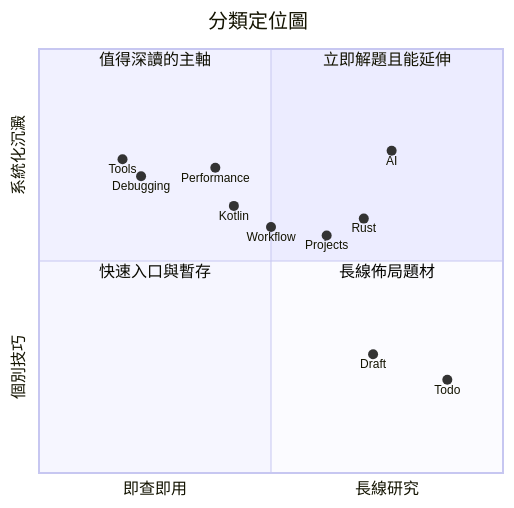
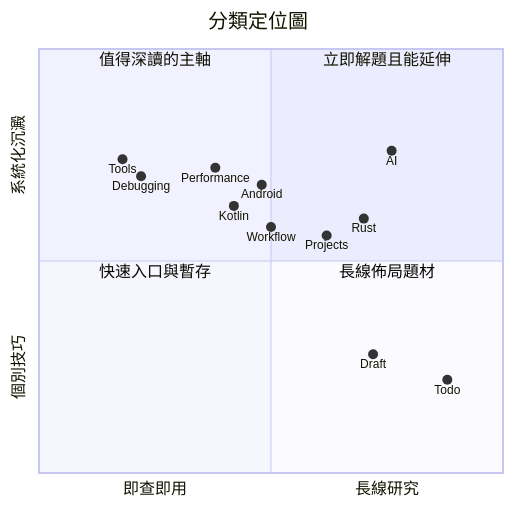
The fourth of 4 diagrams in index.md (icools/android), drawn with Mermaid before and after one commit. The commit also changed other lines of this file and 14 other files, not shown here.

Commit message:
Add Android architecture notes and DroidRunScript overview

```diff
--- a/index.md
+++ b/index.md
@@ -150,20 +156,21 @@
 <pre class="mermaid">
 quadrantChart
     title 分類定位圖
     x-axis 即查即用 --> 長線研究
     y-axis 個別技巧 --> 系統化沉澱
     quadrant-1 立即解題且能延伸
     quadrant-2 值得深讀的主軸
     quadrant-3 快速入口與暫存
     quadrant-4 長線佈局題材
     Tools: [0.18, 0.74]
     Debugging: [0.22, 0.70]
     Performance: [0.38, 0.72]
+    Android: [0.48, 0.68]
     Kotlin: [0.42, 0.63]
     Workflow: [0.50, 0.58]
     Projects: [0.62, 0.56]
     Rust: [0.70, 0.60]
     AI: [0.76, 0.76]
     Draft: [0.72, 0.28]
     Todo: [0.88, 0.22]
 </pre>
```
